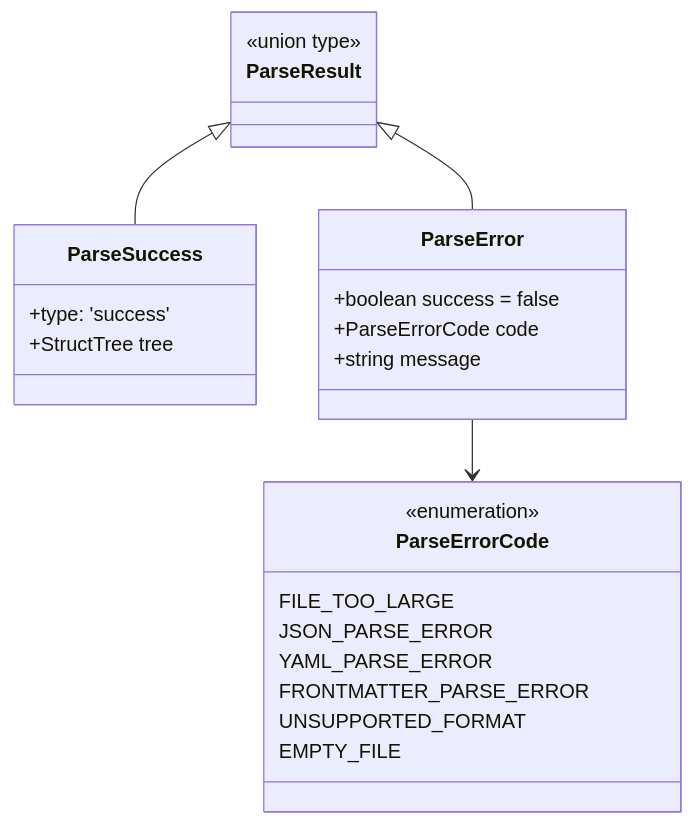
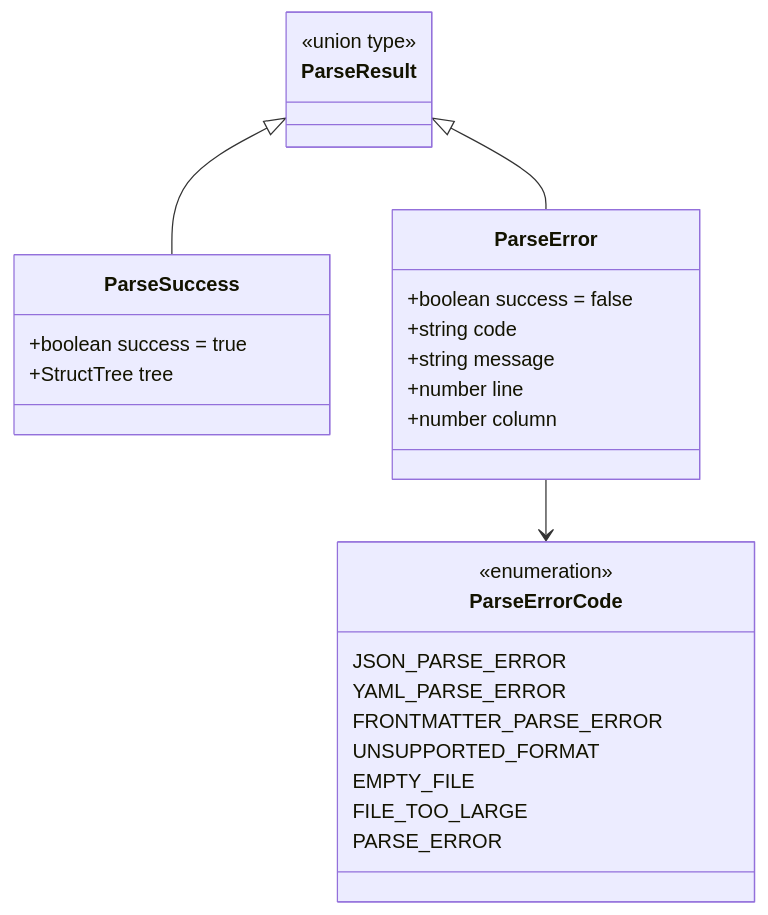
The second of 3 diagrams in docs/DATA_MODEL_AND_PARSERS.md (masanori-satake/StructMap-Solo), drawn with Mermaid before and after one commit. The commit also changed other lines of this file and 4 other files, not shown here.

Commit message:
docs: address PR review feedback on developer architecture documentation

````diff
--- a/docs/DATA_MODEL_AND_PARSERS.md
+++ b/docs/DATA_MODEL_AND_PARSERS.md
@@ -90,31 +92,34 @@
 ```mermaid
 classDiagram
     class ParseResult {
         <<union type>>
     }
 
     class ParseSuccess {
-        +type: 'success'
+        +boolean success = true
         +StructTree tree
     }
 
     class ParseError {
         +boolean success = false
-        +ParseErrorCode code
+        +string code
         +string message
+        +number line
+        +number column
     }
 
     class ParseErrorCode {
         <<enumeration>>
-        FILE_TOO_LARGE
         JSON_PARSE_ERROR
         YAML_PARSE_ERROR
         FRONTMATTER_PARSE_ERROR
         UNSUPPORTED_FORMAT
         EMPTY_FILE
+        FILE_TOO_LARGE
+        PARSE_ERROR
     }
 
     ParseResult <|-- ParseSuccess
     ParseResult <|-- ParseError
     ParseError --> ParseErrorCode
 ```
````
